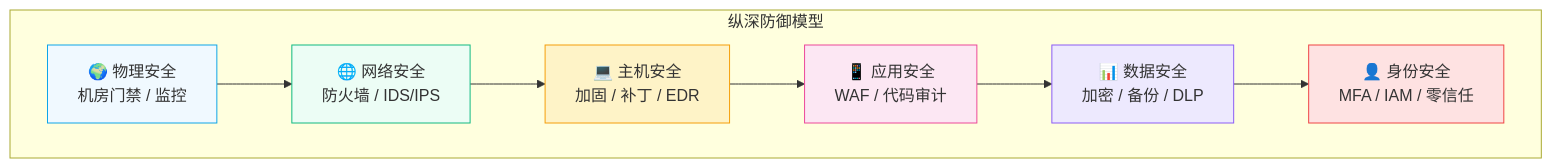
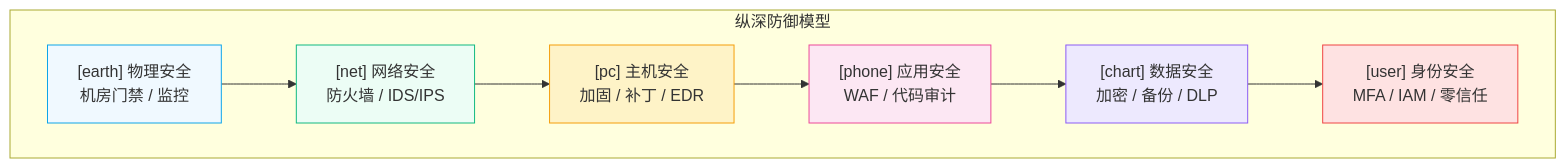
The first of 3 diagrams in docs/guide/attacks/security-arch.md (SKT-Shurima/NetworkMastery), drawn with Mermaid before and after one commit. The commit also changed other lines of this file and 54 other files, not shown here.

````diff
--- a/docs/guide/attacks/security-arch.md
+++ b/docs/guide/attacks/security-arch.md
@@ -14,20 +14,20 @@
 ```mermaid
 graph TB
     subgraph "纵深防御模型"
-        A["🌍 物理安全<br/>机房门禁 / 监控"]
-        B["🌐 网络安全<br/>防火墙 / IDS/IPS"]
-        C["💻 主机安全<br/>加固 / 补丁 / EDR"]
-        D["📱 应用安全<br/>WAF / 代码审计"]
-        E["📊 数据安全<br/>加密 / 备份 / DLP"]
-        F["👤 身份安全<br/>MFA / IAM / 零信任"]
+        A["[earth] 物理安全<br/>机房门禁 / 监控"]
+        B["[net] 网络安全<br/>防火墙 / IDS/IPS"]
+        C["[pc] 主机安全<br/>加固 / 补丁 / EDR"]
+        D["[phone] 应用安全<br/>WAF / 代码审计"]
+        E["[chart] 数据安全<br/>加密 / 备份 / DLP"]
+        F["[user] 身份安全<br/>MFA / IAM / 零信任"]
     end
     
     A --> B --> C --> D --> E --> F
 
     style A fill:#f0f9ff,stroke:#0ea5e9
     style B fill:#ecfdf5,stroke:#10b981
     style C fill:#fef3c7,stroke:#f59e0b
     style D fill:#fce7f3,stroke:#ec4899
     style E fill:#ede9fe,stroke:#8b5cf6
     style F fill:#fee2e2,stroke:#ef4444
 ```
````
